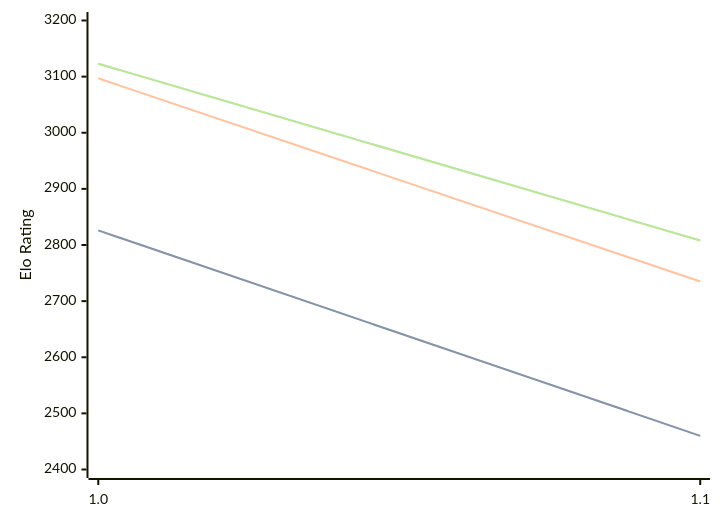
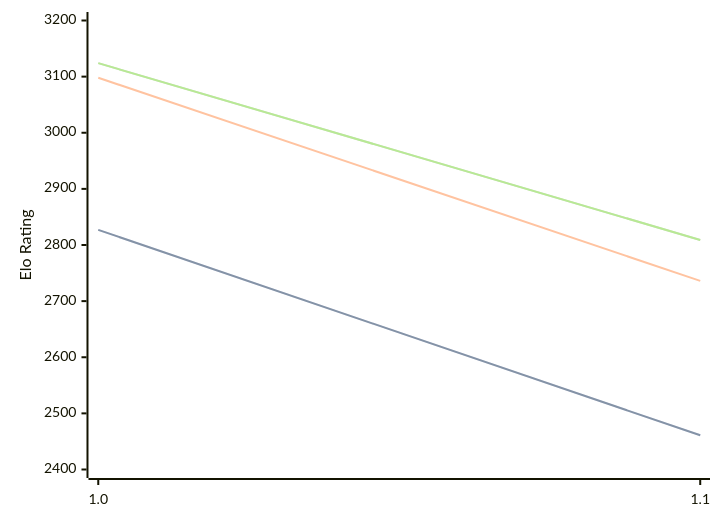
The diagram in engines/Publius.md (computer-chess-index/cci), drawn with Mermaid before and after one commit. The commit also changed other lines of this file, not shown here.

Commit message:
Update CCI Ratings (ELO VLTC) - 2026-08-09

````diff
--- a/engines/Publius.md
+++ b/engines/Publius.md
@@ -32,11 +32,11 @@
 ```mermaid
 %%{init: {"theme":"base","themeVariables":{"seriesColors:['#a3a3a3','#222221','#faa371']}}}%%
 xychart-beta
   x-axis ["1.0", "1.1"]
   y-axis "Elo Rating" 2400 --> 3200
-  line "STC (8.0+0.08s)" [2826, 2460]
-  line "STC (8.0+0.08s)" [2826, 2460]
-  line "LTC (60.0+0.60s)" [3097, 2735]
-  line "VLTC (2m24s+1.12s)" [3123, 2808]
-  line "VLTC (2m24s+1.12s)" [3123, 2808]
+  line "STC (8.0+0.08s)" [2827, 2461]
+  line "STC (8.0+0.08s)" [2827, 2461]
+  line "LTC (60.0+0.60s)" [3098, 2736]
+  line "VLTC (2m24s+1.12s)" [3124, 2809]
+  line "VLTC (2m24s+1.12s)" [3124, 2809]
 ```
````
